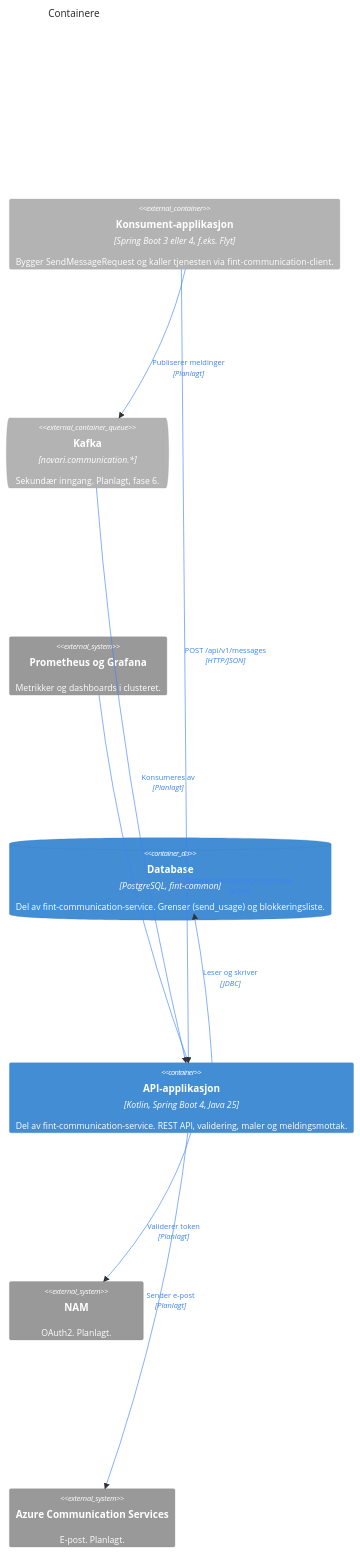
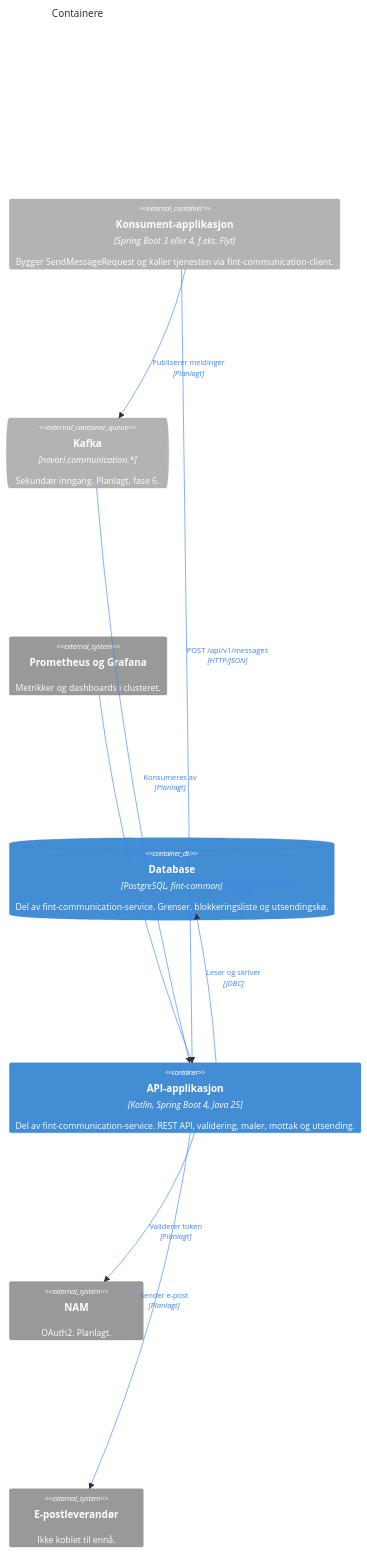
The second of 14 diagrams in docs/architecture.md (FINTLabs/fint-communication-service), drawn with Mermaid before and after one commit. The commit also changed other lines of this file and 32 other files, not shown here.

````diff
--- a/docs/architecture.md
+++ b/docs/architecture.md
@@ -66,30 +68,30 @@
 ```mermaid
 %%{init: {"c4": {"c4ShapeMargin": 120}}}%%
 C4Container
     title Containere
 
     Container_Ext(konsumentApp, "Konsument-applikasjon", "Spring Boot 3 eller 4, f.eks. Flyt", "Bygger SendMessageRequest og kaller tjenesten via fint-communication-client.")
     ContainerQueue_Ext(kafka, "Kafka", "novari.communication.*", "Sekundær inngang. Planlagt, fase 6.")
     System_Ext(prometheus, "Prometheus og Grafana", "Metrikker og dashboards i clusteret.")
-    ContainerDb(db, "Database", "PostgreSQL, fint-common", "Del av fint-communication-service. Grenser (send_usage) og blokkeringsliste.")
-    Container(app, "API-applikasjon", "Kotlin, Spring Boot 4, Java 25", "Del av fint-communication-service. REST API, validering, maler og meldingsmottak.")
+    ContainerDb(db, "Database", "PostgreSQL, fint-common", "Del av fint-communication-service. Grenser, blokkeringsliste og utsendingskø.")
+    Container(app, "API-applikasjon", "Kotlin, Spring Boot 4, Java 25", "Del av fint-communication-service. REST API, validering, maler, mottak og utsending.")
     System_Ext(nam, "NAM", "OAuth2. Planlagt.")
-    System_Ext(acs, "Azure Communication Services", "E-post. Planlagt.")
+    System_Ext(provider, "E-postleverandør", "Ikke koblet til ennå.")
 
     Rel(konsumentApp, app, "POST /api/v1/messages", "HTTP/JSON")
     Rel(konsumentApp, kafka, "Publiserer meldinger", "Planlagt")
     Rel(kafka, app, "Konsumeres av", "Planlagt")
     Rel(app, db, "Leser og skriver", "JDBC")
     Rel(app, nam, "Validerer token", "Planlagt")
-    Rel(app, acs, "Sender e-post", "Planlagt")
+    Rel(app, provider, "Sender e-post", "Planlagt")
     Rel(prometheus, app, "Scraper /actuator/prometheus", "HTTP")
 
     UpdateRelStyle(konsumentApp, app, $textColor="#3B82F6", $lineColor="#3B82F6", $offsetY="-28")
     UpdateRelStyle(konsumentApp, kafka, $textColor="#3B82F6", $lineColor="#3B82F6", $offsetY="28")
     UpdateRelStyle(kafka, app, $textColor="#3B82F6", $lineColor="#3B82F6")
     UpdateRelStyle(app, db, $textColor="#3B82F6", $lineColor="#3B82F6", $offsetY="-28")
     UpdateRelStyle(app, nam, $textColor="#3B82F6", $lineColor="#3B82F6", $offsetY="28")
-    UpdateRelStyle(app, acs, $textColor="#3B82F6", $lineColor="#3B82F6", $offsetY="-28")
+    UpdateRelStyle(app, provider, $textColor="#3B82F6", $lineColor="#3B82F6", $offsetY="-28")
     UpdateRelStyle(prometheus, app, $textColor="#3B82F6", $lineColor="#3B82F6", $offsetX="70")
     UpdateLayoutConfig($c4ShapeInRow="3", $c4BoundaryInRow="1")
 ```
````
